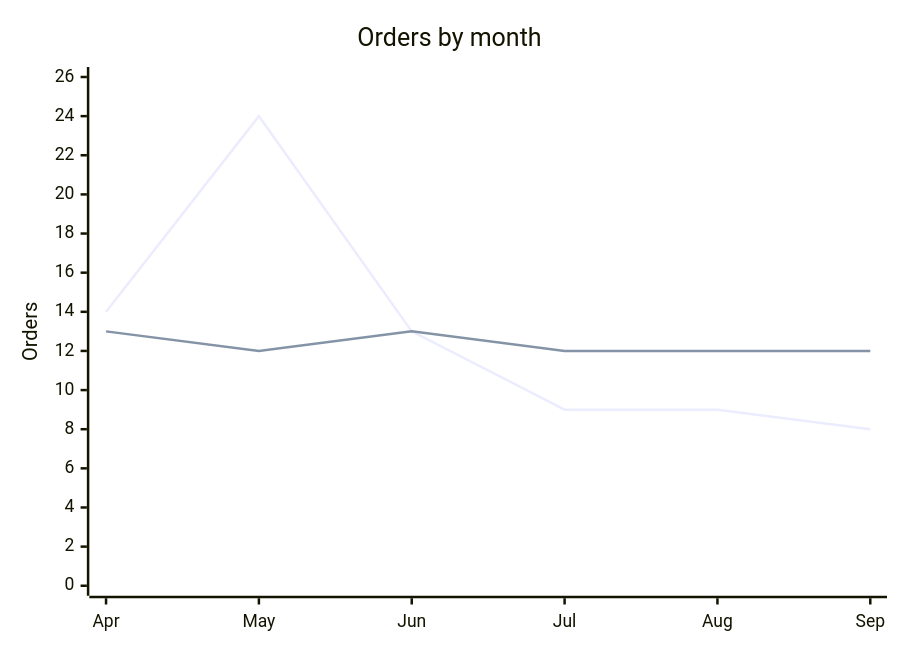
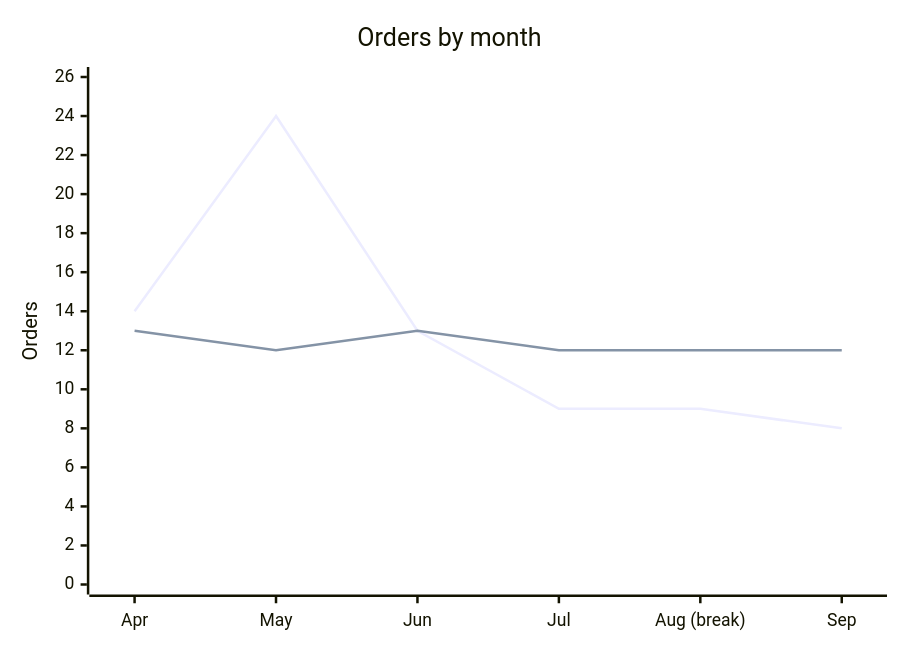
One commit to fde-academy-lab/c2-content-factory changed the fourth of 13 diagrams in content/W01/D2/slides/C2_W01_D02_half2_STUDENT.md. Above: the diagram before and after it, drawn with Mermaid. The commit also changed other lines of this file and 4 other files, not shown here.

````diff
--- a/content/W01/D2/slides/C2_W01_D02_half2_STUDENT.md
+++ b/content/W01/D2/slides/C2_W01_D02_half2_STUDENT.md
@@ -203,9 +205,9 @@
 ```mermaid
 %%{init: {"xyChart": {"showLegend": true}}}%%
 xychart-beta
     title "Orders by month"
-    x-axis ["Apr", "May", "Jun", "Jul", "Aug", "Sep"]
+    x-axis ["Apr", "May", "Jun", "Jul", "Aug (break)", "Sep"]
     y-axis "Orders" 0 --> 26
     line "Retail-Plus" [14, 24, 13, 9, 9, 8]
     line "Retail-Core" [13, 12, 13, 12, 12, 12]
 ```
````
